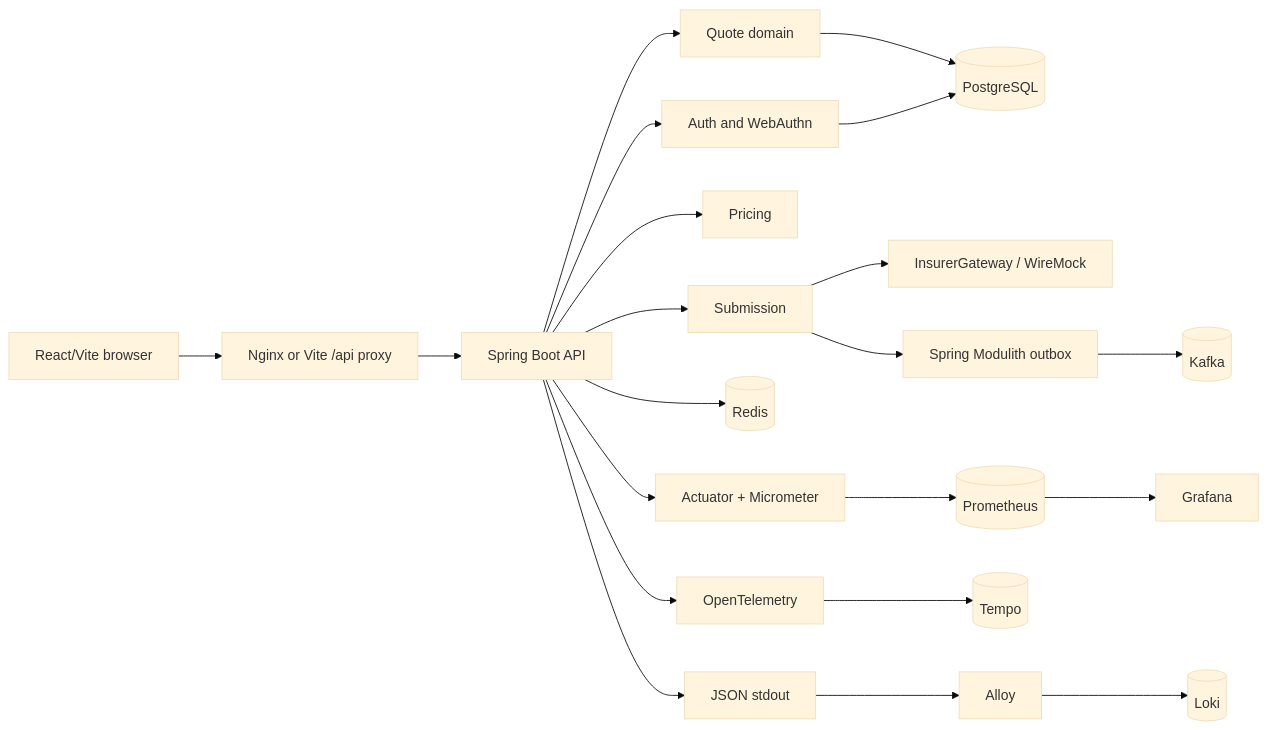
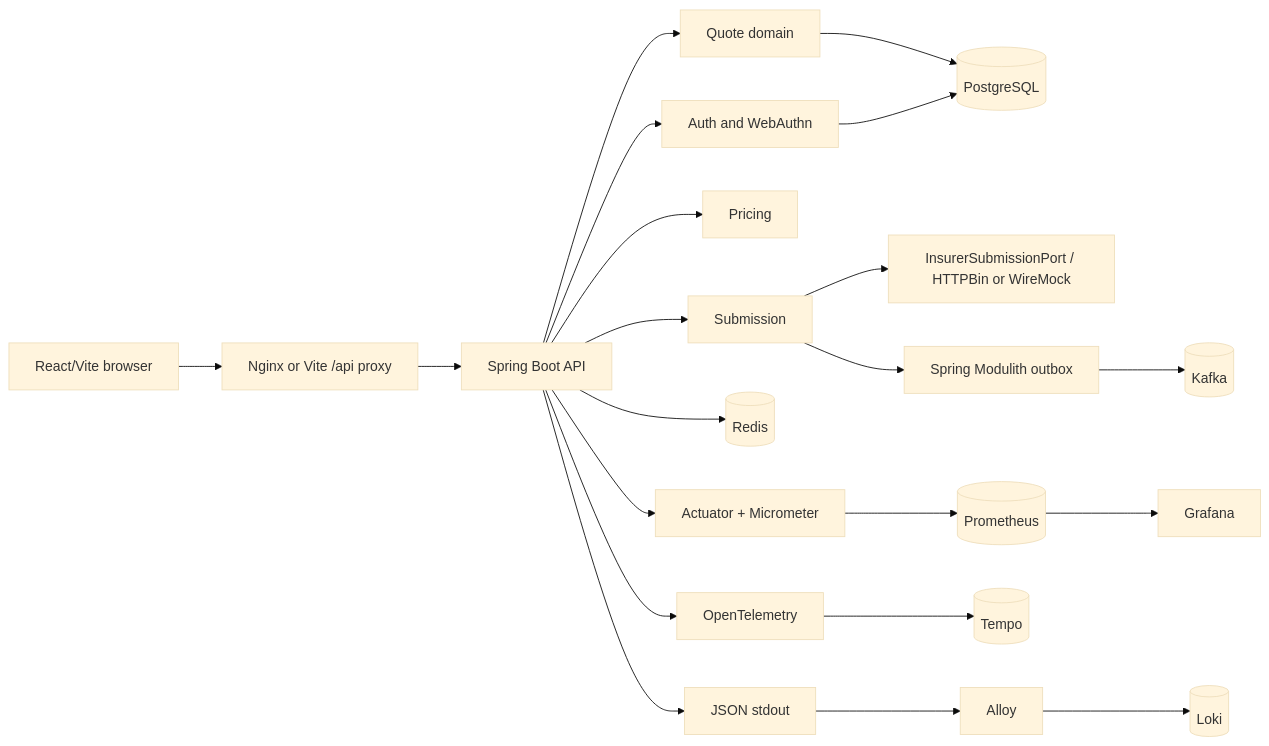
The diagram in README.md (migangdelzar/insurance-quotes-service), drawn with Mermaid (base theme) before and after one commit. The commit also changed other lines of this file and 7 other files, not shown here.

```diff
--- a/README.md
+++ b/README.md
@@ -20,23 +20,23 @@
 ~~~mermaid
 flowchart LR
   browser[React/Vite browser] --> web[Nginx or Vite /api proxy]
   web --> api[Spring Boot API]
   api --> quote[Quote domain]
   api --> auth[Auth and WebAuthn]
   api --> pricing[Pricing]
   api --> submission[Submission]
   quote --> postgres[(PostgreSQL)]
   auth --> postgres
   api --> redis[(Redis)]
-  submission --> insurer[InsurerGateway / WireMock]
+  submission --> insurer[InsurerSubmissionPort / HTTPBin or WireMock]
   submission --> outbox[Spring Modulith outbox]
   outbox --> kafka[(Kafka)]
   api --> metrics[Actuator + Micrometer]
   metrics --> prometheus[(Prometheus)]
   prometheus --> grafana[Grafana]
   api --> traces[OpenTelemetry]
   traces --> tempo[(Tempo)]
   api --> logs[JSON stdout]
   logs --> alloy[Alloy]
   alloy --> loki[(Loki)]
 ~~~
```
